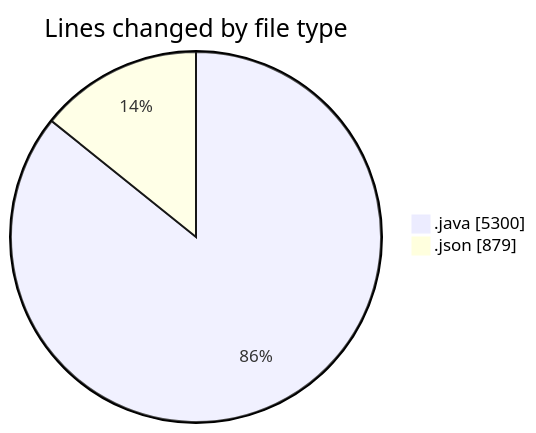
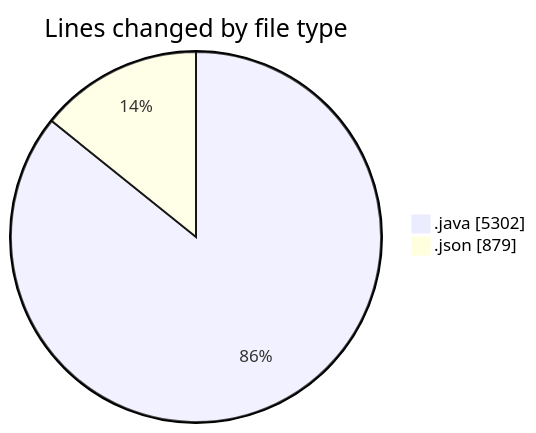
One commit to ricardozamudiocil/code-tracking changed the first of 2 diagrams in 2026-03-18/cilapp/README.md. Above: the diagram before and after it, drawn with Mermaid. The commit also changed other lines of this file and 1 other file, not shown here.

````diff
--- a/2026-03-18/cilapp/README.md
+++ b/2026-03-18/cilapp/README.md
@@ -23,6 +23,6 @@
 ```mermaid
 pie showData
 title Lines changed by file type
-".java" : 5300
+".java" : 5302
 ".json" : 879
 ```
````
